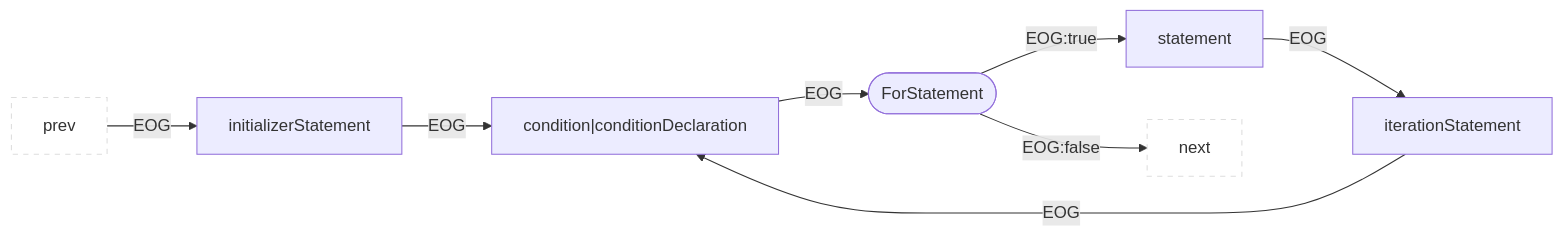
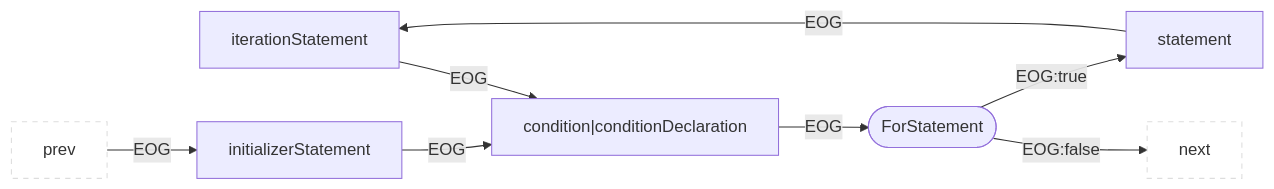
Before and after one commit to Fraunhofer-AISEC/cpg: diagram 33 of 36 in cpg-core/specifications/eog.md, drawn with Mermaid. The commit also changed other lines of this file, not shown here.

````diff
--- a/cpg-core/specifications/eog.md
+++ b/cpg-core/specifications/eog.md
@@ -548,12 +642,11 @@
 ```mermaid
 flowchart LR
   classDef outer fill:#fff,stroke:#ddd,stroke-dasharray:5 5;
-  prev:::outer --EOG--> child1["initializerStatement"]
-  child1 --EOG--> child2["condition|conditionDeclaration"]
-  child2 --EOG--> parent
-  parent(["ForStatement"]) --EOG:true--> child4["statement"]
+  iteration --EOG--> condition
+  statement --EOG--> iteration["iterationStatement"]
+  prev:::outer --EOG--> initializer["initializerStatement"]
   parent --EOG:false--> next:::outer
-  child4 --EOG--> child5["iterationStatement"]
-  child5 --EOG--> child2
-
+  initializer --EOG--> condition["condition|conditionDeclaration"]
+  condition --EOG--> parent
+  parent(["ForStatement"]) --EOG:true--> statement["statement"]
 ```
````
